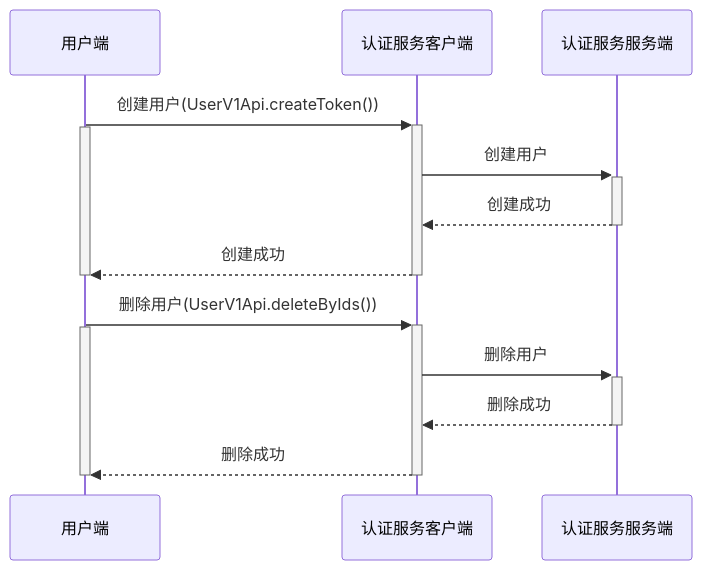
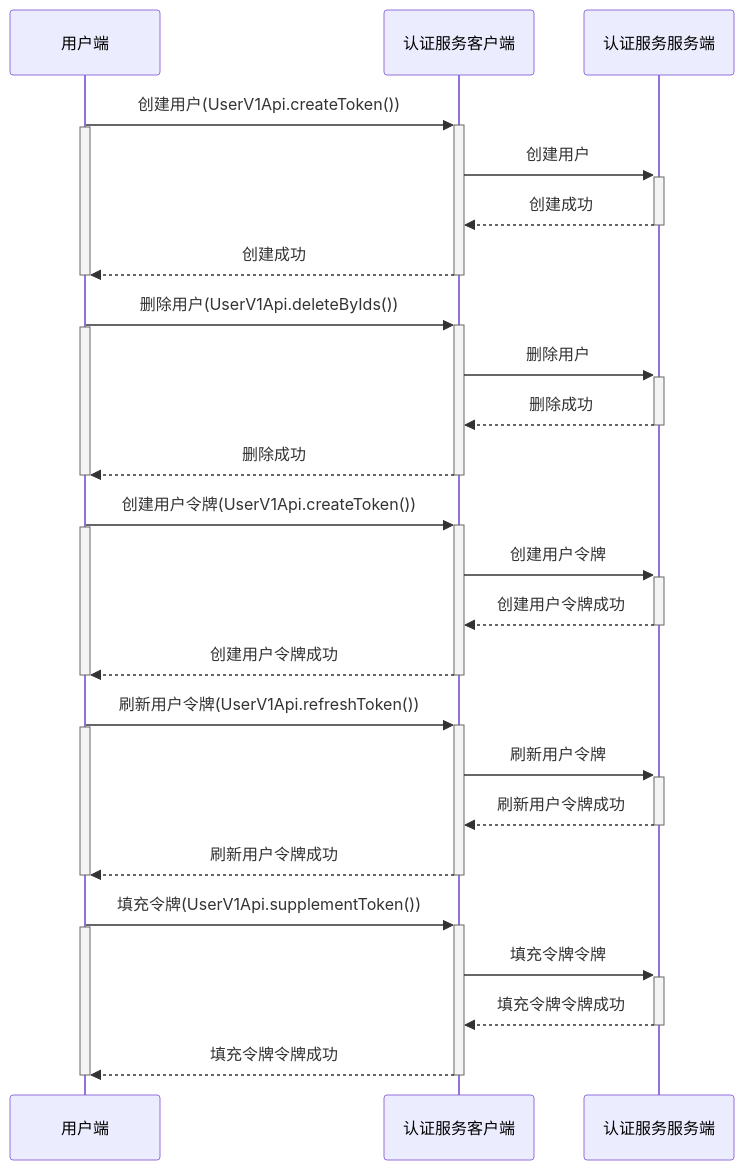
The diagram in client/README.md (GitHubFeiLong/authentication), drawn with Mermaid before and after one commit. The commit also changed 2 other files, not shown here.

Commit message:
表格选择样式修改

````diff
--- a/client/README.md
+++ b/client/README.md
@@ -149,21 +149,42 @@
 ```mermaid
-	%% 注释
+	
 	sequenceDiagram
 	participant user as 用户端
 	participant client as 认证服务客户端
 	participant server as 认证服务服务端
-	
+    %% 创建用户
 	user ->> + client: 创建用户(UserV1Api.createToken())
 	activate user
     client ->> + server: 创建用户
     server -->> - client: 创建成功
     client -->> - user: 创建成功
     deactivate user
-    
+    %% 删除用户
     user ->> + client: 删除用户(UserV1Api.deleteByIds())
     activate user
     client ->> + server: 删除用户
     server -->> - client: 删除成功
     client -->> - user: 删除成功
     deactivate user
+    %% 获取用户令牌
+    user ->> + client: 创建用户令牌(UserV1Api.createToken())
+    activate user
+    client ->> + server: 创建用户令牌
+    server -->> - client: 创建用户令牌成功
+    client -->> - user: 创建用户令牌成功
+    deactivate user
+    %% 刷新用户令牌，令牌过期了刷新
+    user ->> + client: 刷新用户令牌(UserV1Api.refreshToken())
+    activate user
+    client ->> + server: 刷新用户令牌
+    server -->> - client: 刷新用户令牌成功
+    client -->> - user: 刷新用户令牌成功
+    deactivate user
+    %% 刷新用户令牌，令牌过期了刷新
+    user ->> + client: 填充令牌(UserV1Api.supplementToken())
+    activate user
+    client ->> + server: 填充令牌令牌
+    server -->> - client: 填充令牌令牌成功
+    client -->> - user: 填充令牌令牌成功
+    deactivate user
 ```
````
